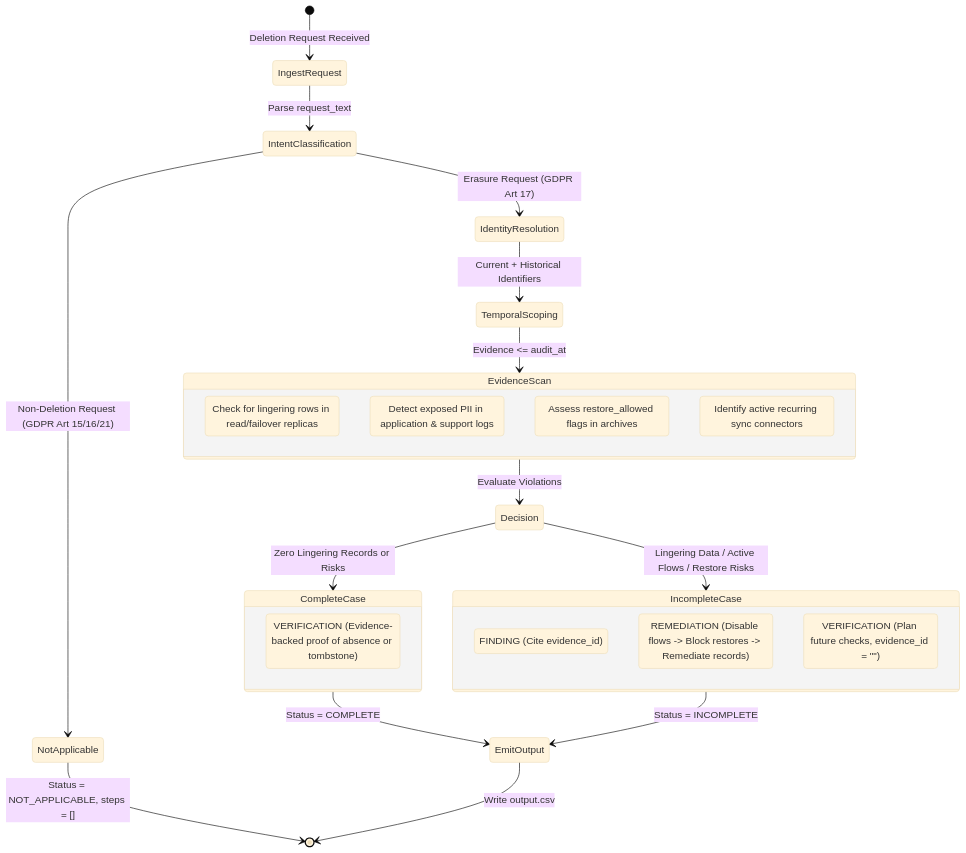
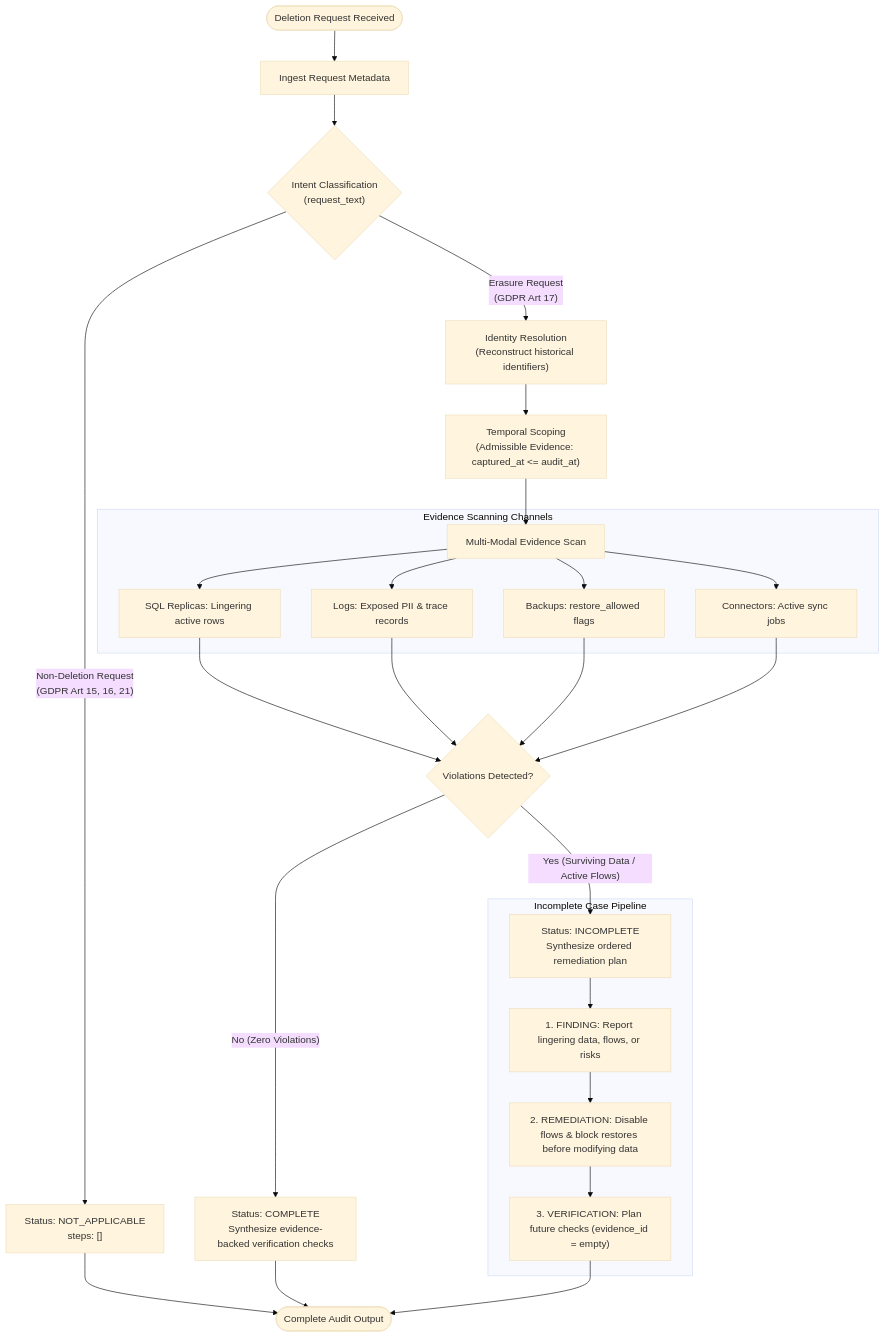
Before and after one commit to aaryan2720/Ghost_data_detector: the second of 3 diagrams in README.md, drawn with Mermaid (base theme). The commit also changed other lines of this file and 4 other files, not shown here.

Commit message:
docs: update architecture diagrams in README and add detailed system architecture documentation

````diff
--- a/README.md
+++ b/README.md
@@ -92,39 +92,37 @@
 ```mermaid
-stateDiagram-v2
-    [*] --> IngestRequest: Deletion Request Received
-    IngestRequest --> IntentClassification: Parse request_text
-    
-    IntentClassification --> NotApplicable: Non-Deletion Request (GDPR Art 15/16/21)
-    NotApplicable --> [*]: Status = NOT_APPLICABLE, steps = []
-    
-    IntentClassification --> IdentityResolution: Erasure Request (GDPR Art 17)
-    
-    IdentityResolution --> TemporalScoping: Current + Historical Identifiers
-    TemporalScoping --> EvidenceScan: Evidence <= audit_at
-    
-    state EvidenceScan {
-        ScanSQLReplicas: Check for lingering rows in read/failover replicas
-        ScanLogs: Detect exposed PII in application & support logs
-        ScanBackups: Assess restore_allowed flags in archives
-        ScanConnectors: Identify active recurring sync connectors
-    }
-    
-    EvidenceScan --> Decision: Evaluate Violations
-    
-    Decision --> CompleteCase: Zero Lingering Records or Risks
-    Decision --> IncompleteCase: Lingering Data / Active Flows / Restore Risks
-    
-    state IncompleteCase {
-        Phase1: FINDING (Cite evidence_id)
-        Phase2: REMEDIATION (Disable flows -> Block restores -> Remediate records)
-        Phase3: VERIFICATION (Plan future checks, evidence_id = "")
-    }
-    
-    state CompleteCase {
-        PhaseVerified: VERIFICATION (Evidence-backed proof of absence or tombstone)
-    }
-    
-    CompleteCase --> EmitOutput: Status = COMPLETE
-    IncompleteCase --> EmitOutput: Status = INCOMPLETE
-    EmitOutput --> [*]: Write output.csv
+flowchart TD
+    START(["Deletion Request Received"]) --> INGEST["Ingest Request Metadata"]
+    INGEST --> INTENT{"Intent Classification<br/>(request_text)"}
+
+    INTENT -->|"Non-Deletion Request<br/>(GDPR Art 15, 16, 21)"| NA["Status: NOT_APPLICABLE<br/>steps: []"]
+    NA --> DONE(["Complete Audit Output"])
+
+    INTENT -->|"Erasure Request<br/>(GDPR Art 17)"| RESOLVE["Identity Resolution<br/>(Reconstruct historical identifiers)"]
+
+    RESOLVE --> SCOPE["Temporal Scoping<br/>(Admissible Evidence: captured_at <= audit_at)"]
+
+    SCOPE --> SCAN["Multi-Modal Evidence Scan"]
+    subgraph sub_scan["Evidence Scanning Channels"]
+        SCAN --> S_SQL["SQL Replicas: Lingering active rows"]
+        SCAN --> S_LOG["Logs: Exposed PII & trace records"]
+        SCAN --> S_BAK["Backups: restore_allowed flags"]
+        SCAN --> S_SYNC["Connectors: Active sync jobs"]
+    end
+
+    S_SQL --> DECIDE{"Violations Detected?"}
+    S_LOG --> DECIDE
+    S_BAK --> DECIDE
+    S_SYNC --> DECIDE
+
+    DECIDE -->|"No (Zero Violations)"| COMPLETE["Status: COMPLETE<br/>Synthesize evidence-backed verification checks"]
+    DECIDE -->|"Yes (Surviving Data / Active Flows)"| INCOMPLETE["Status: INCOMPLETE<br/>Synthesize ordered remediation plan"]
+
+    subgraph sub_remediation["Incomplete Case Pipeline"]
+        INCOMPLETE --> P1["1. FINDING: Report lingering data, flows, or risks"]
+        P1 --> P2["2. REMEDIATION: Disable flows & block restores before modifying data"]
+        P2 --> P3["3. VERIFICATION: Plan future checks (evidence_id = empty)"]
+    end
+
+    COMPLETE --> DONE
+    P3 --> DONE
 ```
````
